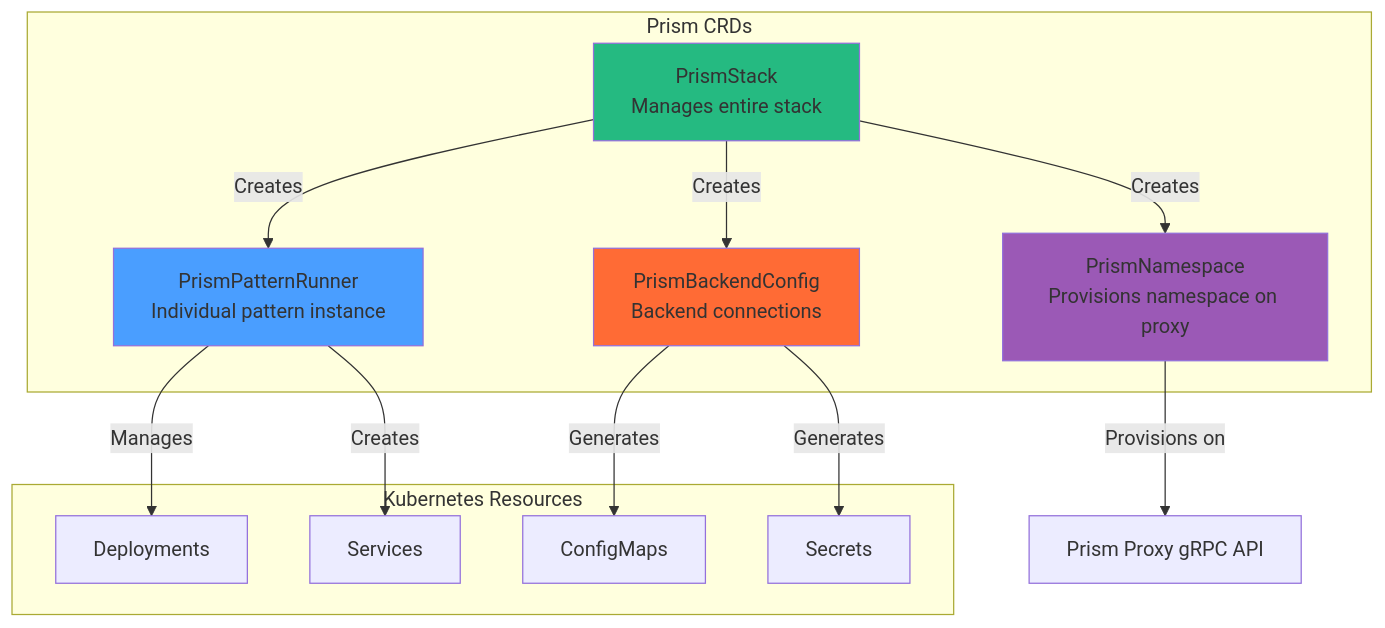
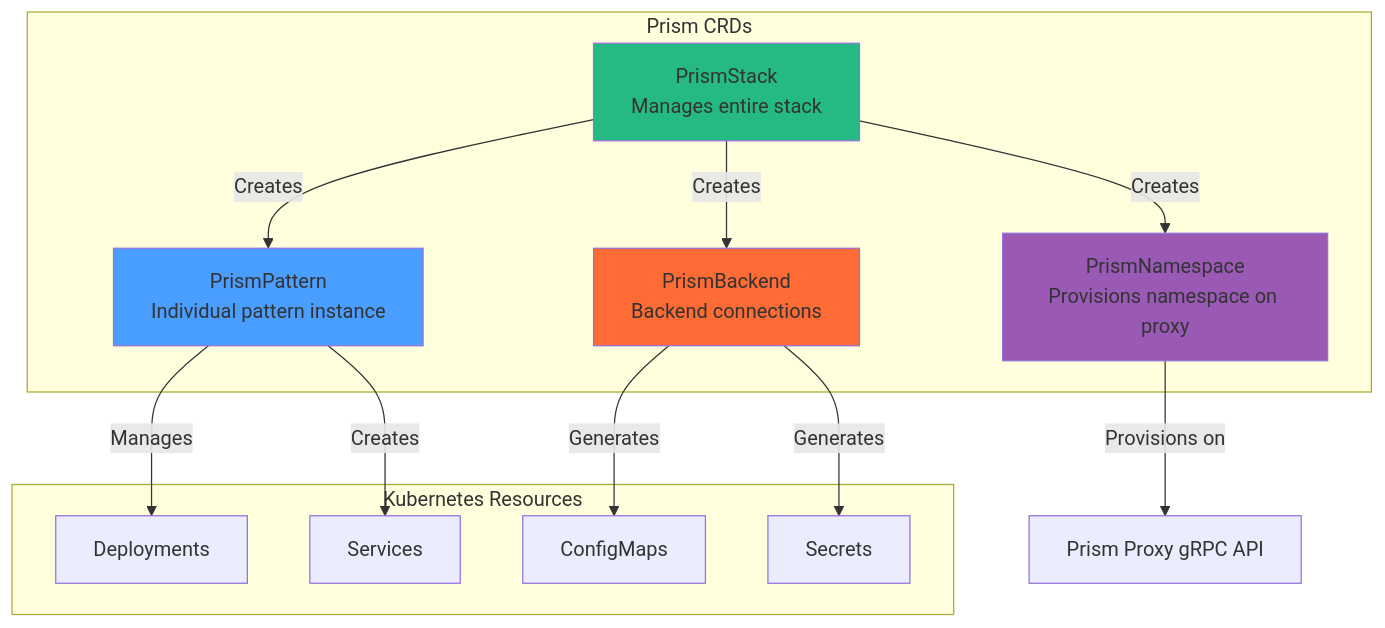
One commit to jrepp/prism-data-layer changed the first of 2 diagrams in docs-cms/memos/MEMO-036-kubernetes-operator-development.md. Above: the diagram before and after it, drawn with Mermaid. The commit also changed other lines of this file, not shown here.

````diff
--- a/docs-cms/memos/MEMO-036-kubernetes-operator-development.md
+++ b/docs-cms/memos/MEMO-036-kubernetes-operator-development.md
@@ -81,32 +81,32 @@
 ```mermaid
 graph TB
     subgraph "Prism CRDs"
         PrismStack[PrismStack<br/>Manages entire stack]
         PrismNamespace[PrismNamespace<br/>Provisions namespace on proxy]
-        PrismPatternRunner[PrismPatternRunner<br/>Individual pattern instance]
-        PrismBackendConfig[PrismBackendConfig<br/>Backend connections]
+        PrismPattern[PrismPattern<br/>Individual pattern instance]
+        PrismBackend[PrismBackend<br/>Backend connections]
     end
 
     subgraph "Kubernetes Resources"
         Deployment[Deployments]
         Service[Services]
         ConfigMap[ConfigMaps]
         Secret[Secrets]
     end
 
     PrismStack -->|Creates| PrismNamespace
-    PrismStack -->|Creates| PrismPatternRunner
-    PrismStack -->|Creates| PrismBackendConfig
+    PrismStack -->|Creates| PrismPattern
+    PrismStack -->|Creates| PrismBackend
 
     PrismNamespace -->|Provisions on| ProxyAPI[Prism Proxy gRPC API]
-    PrismPatternRunner -->|Manages| Deployment
-    PrismPatternRunner -->|Creates| Service
+    PrismPattern -->|Manages| Deployment
+    PrismPattern -->|Creates| Service
 
-    PrismBackendConfig -->|Generates| ConfigMap
-    PrismBackendConfig -->|Generates| Secret
+    PrismBackend -->|Generates| ConfigMap
+    PrismBackend -->|Generates| Secret
 
     style PrismStack fill:#25ba81
     style PrismNamespace fill:#9b59b6
-    style PrismPatternRunner fill:#4a9eff
-    style PrismBackendConfig fill:#ff6b35
+    style PrismPattern fill:#4a9eff
+    style PrismBackend fill:#ff6b35
 ```
````
